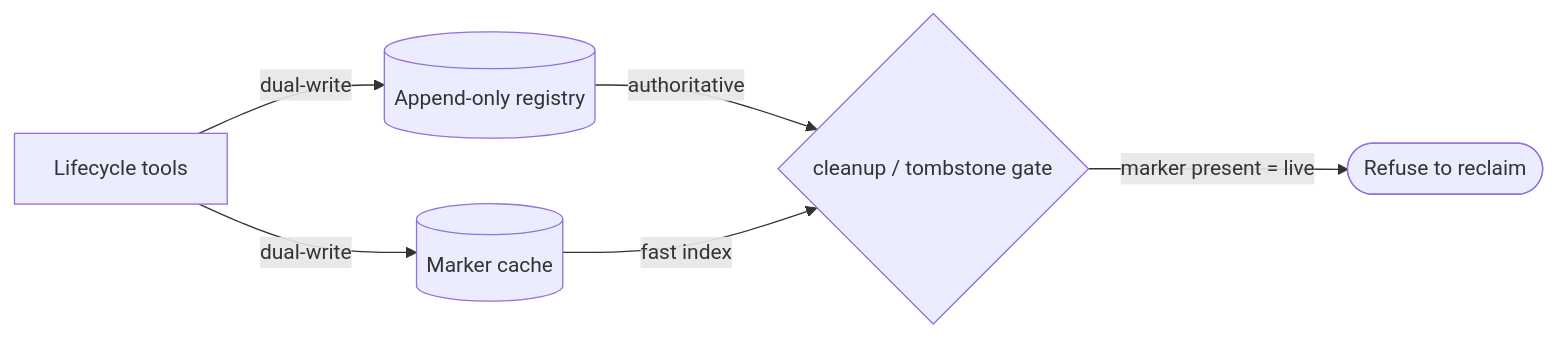
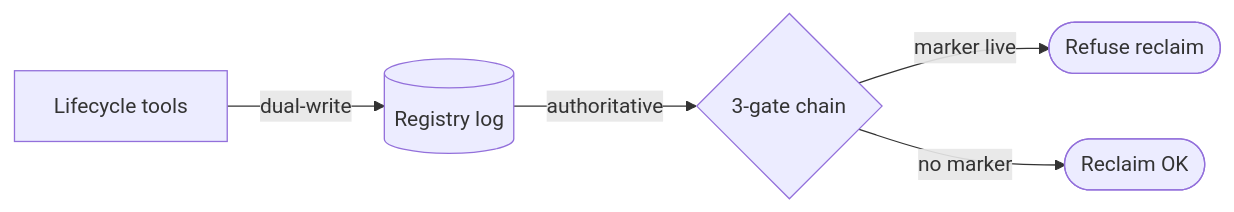
One commit to davisjam/agent-governance-mechanisms changed the diagram in book/appendix-fills/agent/agent-registry.md. Above: the diagram before and after it, drawn with Mermaid. The commit also changed other lines of this file and 25 other files, not shown here.

Commit message:
feat(appxC): bespoke diagrams replacing shared glyphs (batches F+G)

````diff
--- a/book/appendix-fills/agent/agent-registry.md
+++ b/book/appendix-fills/agent/agent-registry.md
@@ -32,8 +32,7 @@
 ```mermaid
 flowchart LR
-  Tools[Lifecycle tools] -->|dual-write| Log[(Append-only registry)]
-  Tools -->|dual-write| Cache[(Marker cache)]
-  Log -->|authoritative| Gate{cleanup / tombstone gate}
-  Cache -->|fast index| Gate
-  Gate -->|marker present = live| Refuse([Refuse to reclaim])
+  Tools[Lifecycle tools] -->|dual-write| Log[(Registry log)]
+  Log -->|authoritative| Gate{3-gate chain}
+  Gate -->|marker live| Refuse([Refuse reclaim])
+  Gate -->|no marker| OK([Reclaim OK])
 ```
````
